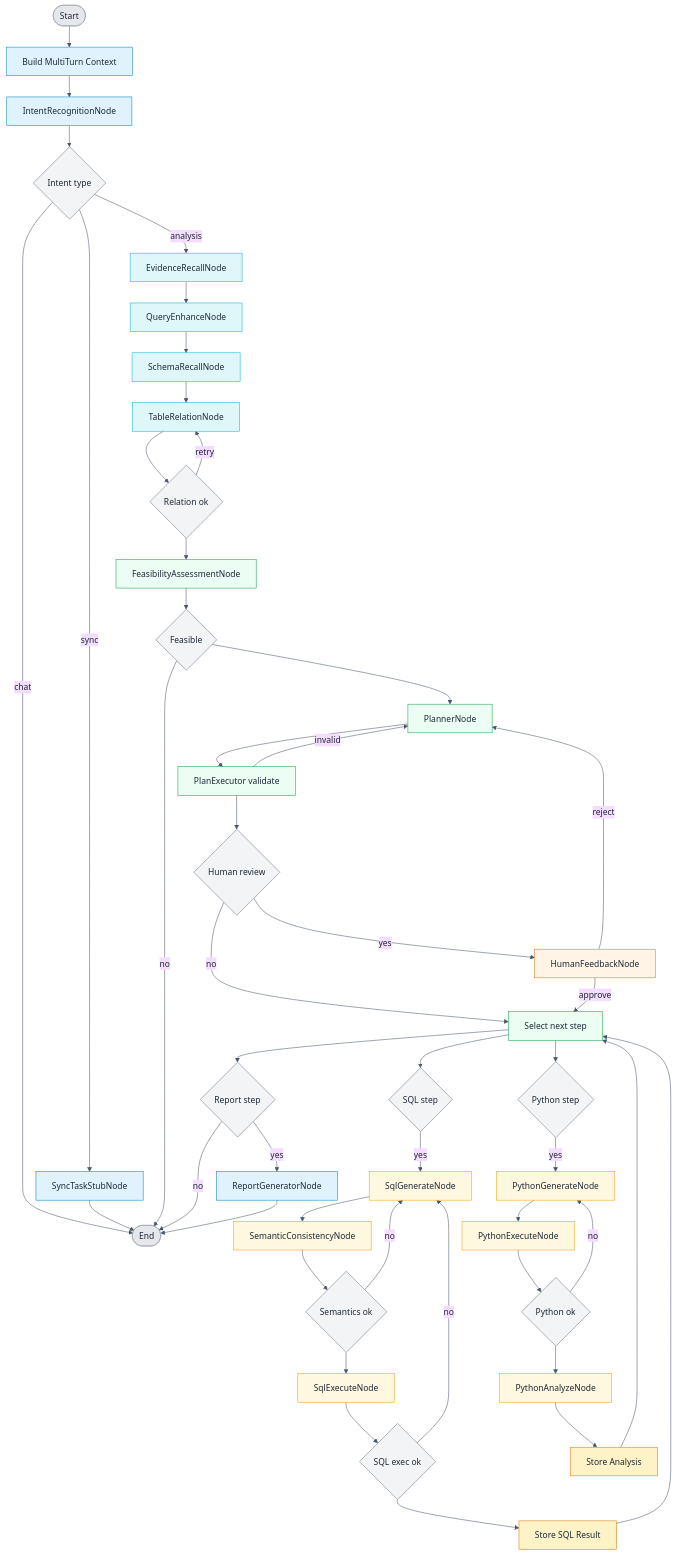
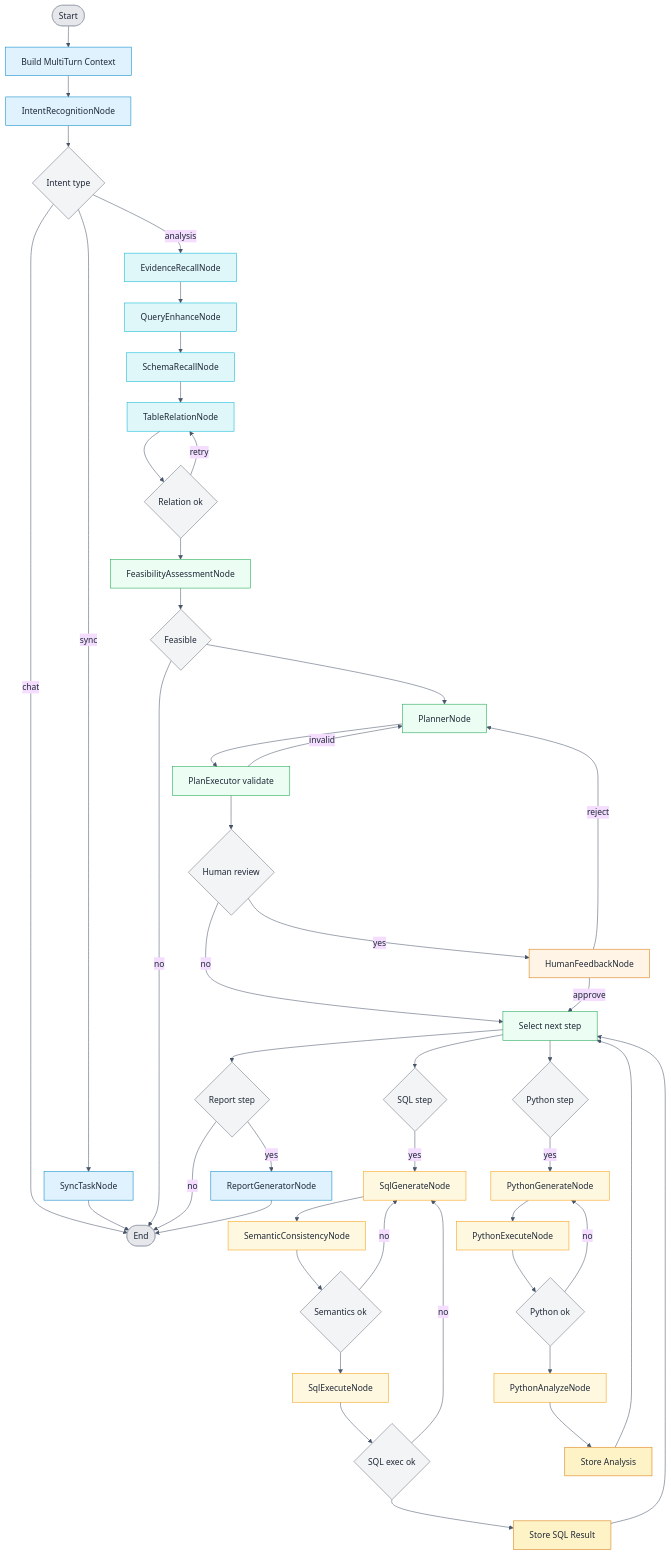
The second of 18 diagrams in docs/ARCHITECTURE.md (Uchiha-Itachi792/DataPlusSeatunnelAgent), drawn with Mermaid before and after one commit. The commit also changed other lines of this file and 19 other files, not shown here.

````diff
--- a/docs/ARCHITECTURE.md
+++ b/docs/ARCHITECTURE.md
@@ -123,74 +123,74 @@
 ```mermaid
 %%{init: {"theme": "base", "flowchart": {"curve": "basis", "nodeSpacing": 30, "rankSpacing": 40}, "themeVariables": {"lineColor": "#475569", "primaryTextColor": "#1F2937"}}}%%
 flowchart TD
   Start([Start]) --> BuildCtx[Build MultiTurn Context]
   BuildCtx --> Intent[IntentRecognitionNode]
   Intent --> IntentGate{Intent type}
   IntentGate -->|chat| End([End])
-  IntentGate -->|sync| SyncStub[SyncTaskStubNode]
-  SyncStub --> End
+  IntentGate -->|sync| SyncNode[SyncTaskNode]
+  SyncNode --> End
   IntentGate -->|analysis| Evidence[EvidenceRecallNode]
   Evidence --> Rewrite[QueryEnhanceNode]
   Rewrite --> Schema[SchemaRecallNode]
   Schema --> Relation[TableRelationNode]
   Relation --> RelGate{Relation ok}
   RelGate -->|retry| Relation
   RelGate --> Feasible[FeasibilityAssessmentNode]
   Feasible --> FeasibleGate{Feasible}
   FeasibleGate -->|no| End
   FeasibleGate --> Planner[PlannerNode]
   Planner --> PlanValidate[PlanExecutor validate]
   PlanValidate -->|invalid| Planner
   PlanValidate --> HumanGate{Human review}
   HumanGate -->|yes| Human[HumanFeedbackNode]
   HumanGate -->|no| StepSelect[Select next step]
 
   Human -->|approve| StepSelect
   Human -->|reject| Planner
 
   StepSelect --> SQLGate{SQL step}
   SQLGate -->|yes| SQLGen[SqlGenerateNode]
   SQLGen --> SemCheck[SemanticConsistencyNode]
   SemCheck --> SemGate{Semantics ok}
   SemGate -->|no| SQLGen
   SemGate --> SQLExec[SqlExecuteNode]
   SQLExec --> SQLGate2{SQL exec ok}
   SQLGate2 -->|no| SQLGen
   SQLGate2 --> StoreSQL[Store SQL Result]
   StoreSQL --> StepSelect
 
   StepSelect --> PyGate{Python step}
   PyGate -->|yes| PyGen[PythonGenerateNode]
   PyGen --> PyExec[PythonExecuteNode]
   PyExec --> PyGate2{Python ok}
   PyGate2 -->|no| PyGen
   PyGate2 --> PyAnalyze[PythonAnalyzeNode]
   PyAnalyze --> StorePy[Store Analysis]
   StorePy --> StepSelect
 
   StepSelect --> ReportGate{Report step}
   ReportGate -->|yes| Report[ReportGeneratorNode]
   ReportGate -->|no| End
   Report --> End
 
   classDef input fill:#E0F2FE,stroke:#0284C7,stroke-width:1px,color:#1F2937;
   classDef retrieval fill:#E0F7FA,stroke:#06B6D4,stroke-width:1px,color:#1F2937;
   classDef planning fill:#ECFDF3,stroke:#16A34A,stroke-width:1px,color:#1F2937;
   classDef decision fill:#F3F4F6,stroke:#6B7280,stroke-width:1px,color:#1F2937;
   classDef execution fill:#FFF8E1,stroke:#F59E0B,stroke-width:1px,color:#1F2937;
   classDef data fill:#FEF3C7,stroke:#D97706,stroke-width:1px,color:#1F2937;
   classDef feedback fill:#FFF4E6,stroke:#D97706,stroke-width:1px,color:#1F2937;
   classDef output fill:#E0F2FE,stroke:#0284C7,stroke-width:1px,color:#1F2937;
   classDef terminal fill:#E5E7EB,stroke:#9CA3AF,stroke-width:1px,color:#1F2937;
 
   class Start,End terminal
   class BuildCtx,Intent input
-  class SyncStub input
+  class SyncNode input
   class Evidence,Rewrite,Schema,Relation retrieval
   class Feasible,Planner,PlanValidate,StepSelect planning
   class IntentGate,RelGate,FeasibleGate,HumanGate,SQLGate,SemGate,SQLGate2,PyGate,PyGate2,ReportGate decision
   class Human feedback
   class SQLGen,SemCheck,SQLExec,PyGen,PyExec,PyAnalyze execution
   class StoreSQL,StorePy data
   class Report output
 ```
````
